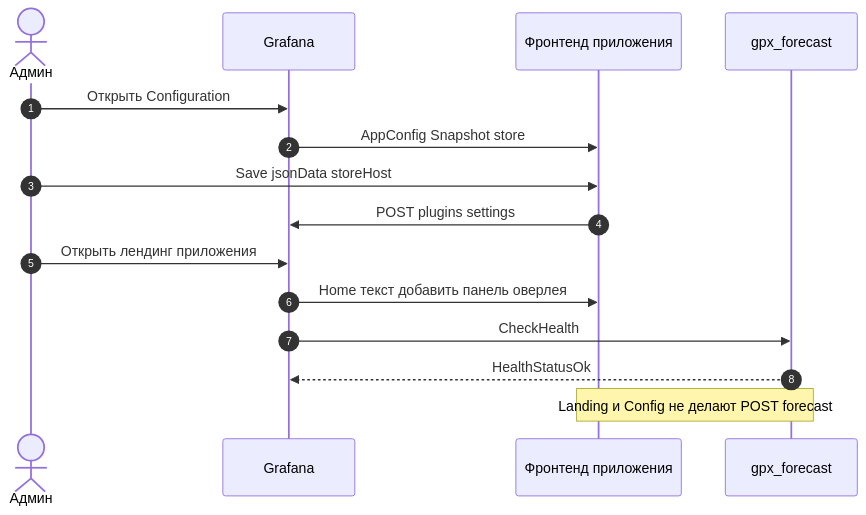
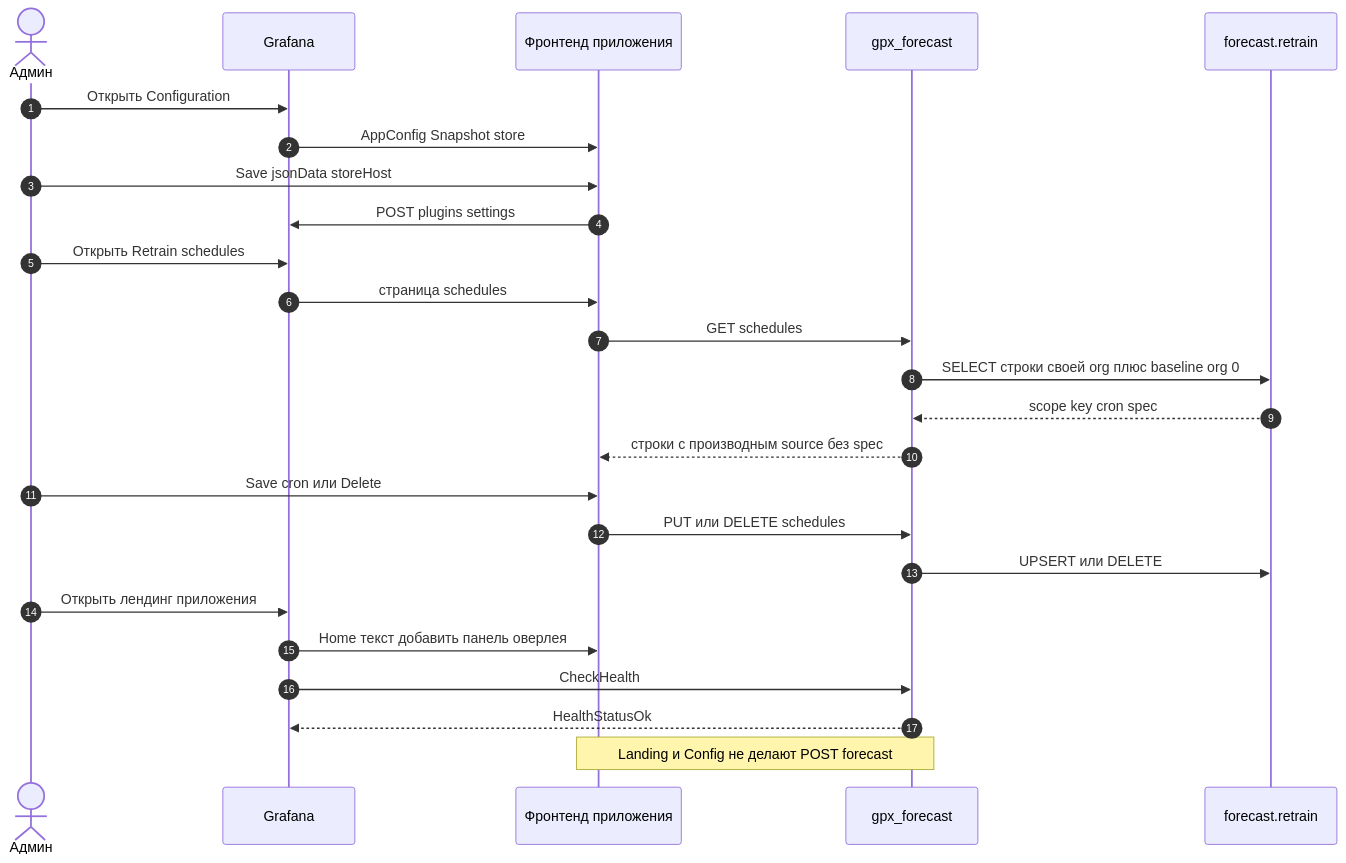
The diagram in diagrams/11-app-pages.md (eduard-kolotushin/timeseries-grafana), drawn with Mermaid before and after one commit. The commit also changed other lines of this file and 9 other files, not shown here.

````diff
--- a/diagrams/11-app-pages.md
+++ b/diagrams/11-app-pages.md
@@ -7,18 +13,28 @@
 ```mermaid
 sequenceDiagram
   autonumber
   actor Admin as Админ
   participant Grafana
   participant App as Фронтенд приложения
   participant BE as gpx_forecast
+  participant PG as forecast.retrain
 
   Admin->>Grafana: Открыть Configuration
   Grafana->>App: AppConfig Snapshot store
   Admin->>App: Save jsonData storeHost
   App->>Grafana: POST plugins settings
+  Admin->>Grafana: Открыть Retrain schedules
+  Grafana->>App: страница schedules
+  App->>BE: GET schedules
+  BE->>PG: SELECT строки своей org плюс baseline org 0
+  PG-->>BE: scope key cron spec
+  BE-->>App: строки с производным source без spec
+  Admin->>App: Save cron или Delete
+  App->>BE: PUT или DELETE schedules
+  BE->>PG: UPSERT или DELETE
   Admin->>Grafana: Открыть лендинг приложения
   Grafana->>App: Home текст добавить панель оверлея
   Grafana->>BE: CheckHealth
   BE-->>Grafana: HealthStatusOk
   Note over App,BE: Landing и Config не делают POST forecast
 ```
````
